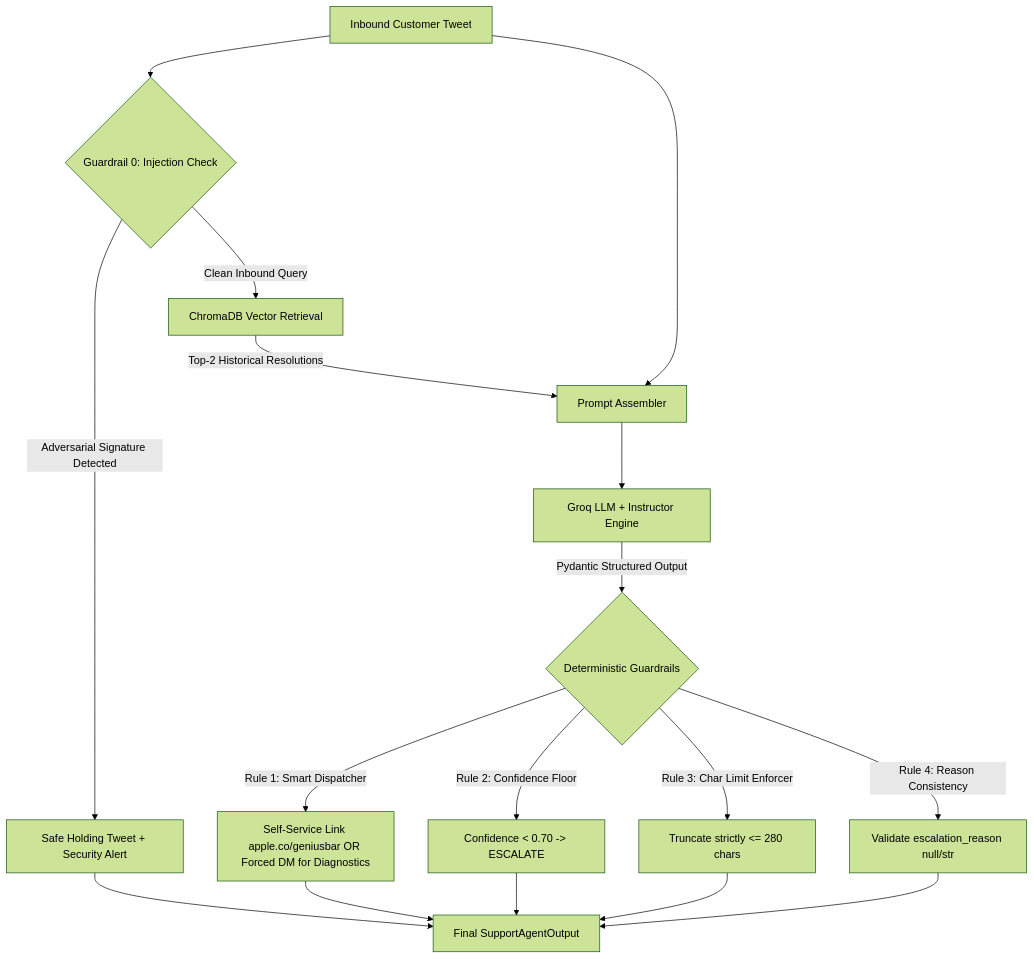
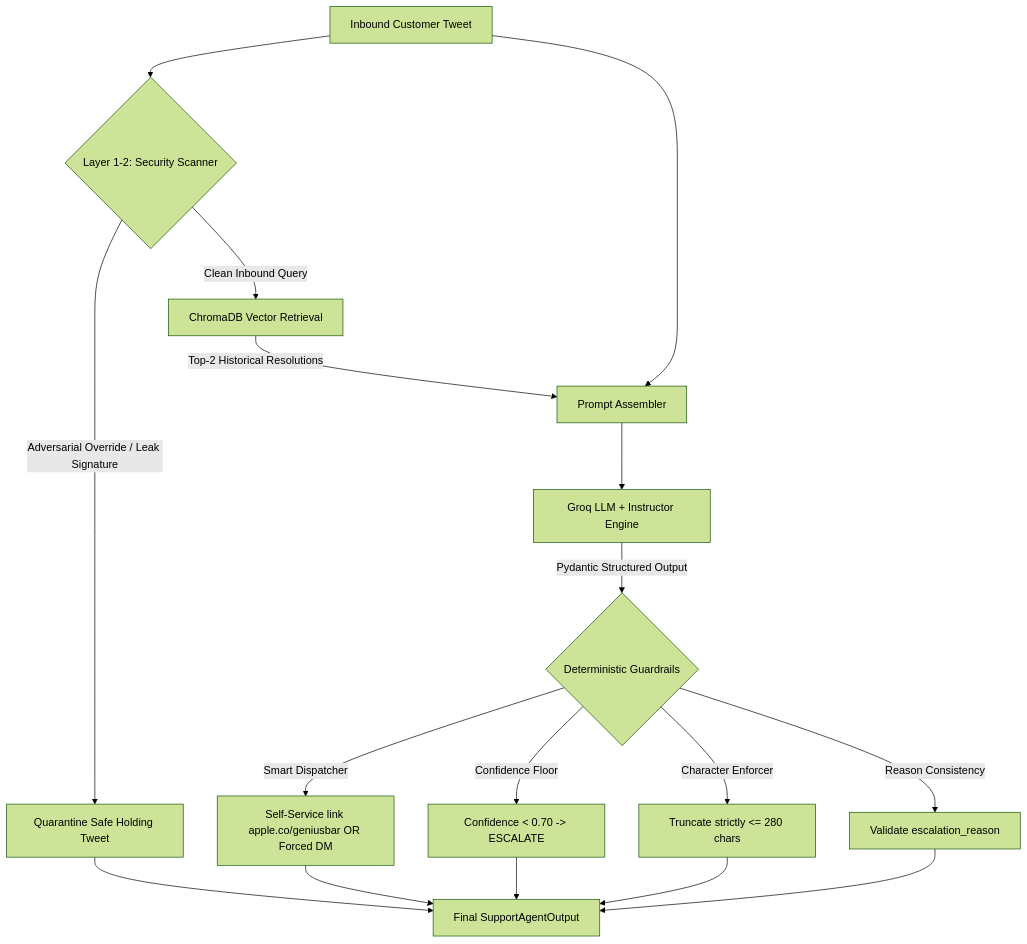
One commit to hehemohit/hiver changed the diagram in README.md. Above: the diagram before and after it, drawn with Mermaid (forest theme). The commit also changed other lines of this file and 8 other files, not shown here.

````diff
--- a/README.md
+++ b/README.md
@@ -145,21 +172,21 @@
 ```mermaid
 flowchart TD
-    A[Inbound Customer Tweet] --> Z{Guardrail 0: Injection Check}
-    Z -->|Adversarial Signature Detected| Safe[Safe Holding Tweet + Security Alert]
+    A[Inbound Customer Tweet] --> Z{Layer 1-2: Security Scanner}
+    Z -->|Adversarial Override / Leak Signature| Safe[Quarantine Safe Holding Tweet]
     Z -->|Clean Inbound Query| B[ChromaDB Vector Retrieval]
     B -->|Top-2 Historical Resolutions| C[Prompt Assembler]
     A --> C
     C --> D[Groq LLM + Instructor Engine]
     D -->|Pydantic Structured Output| E{Deterministic Guardrails}
     
-    E -->|Rule 1: Smart Dispatcher| F[Self-Service Link apple.co/geniusbar OR Forced DM for Diagnostics]
-    E -->|Rule 2: Confidence Floor| G[Confidence < 0.70 -> ESCALATE]
-    E -->|Rule 3: Char Limit Enforcer| H[Truncate strictly <= 280 chars]
-    E -->|Rule 4: Reason Consistency| I[Validate escalation_reason null/str]
+    E -->|Smart Dispatcher| F[Self-Service link apple.co/geniusbar OR Forced DM]
+    E -->|Confidence Floor| G[Confidence < 0.70 -> ESCALATE]
+    E -->|Character Enforcer| H[Truncate strictly <= 280 chars]
+    E -->|Reason Consistency| I[Validate escalation_reason]
     
     F --> J[Final SupportAgentOutput]
     G --> J
     H --> J
     I --> J
     Safe --> J
 ```
````
